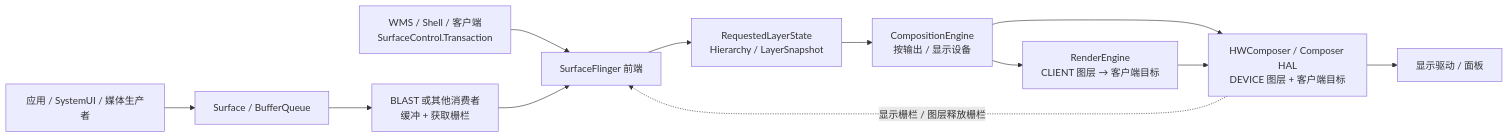
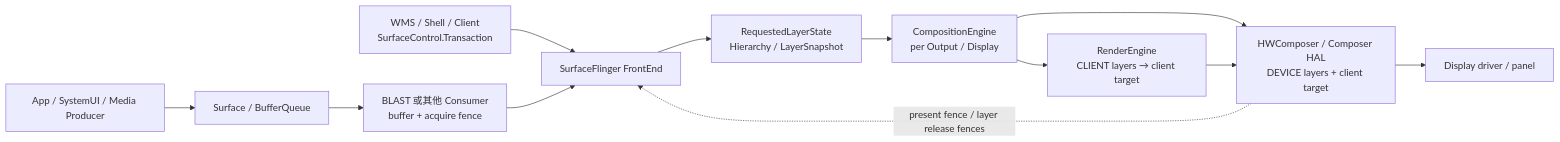
Before and after one commit to Gracker/android-internals-wiki: the diagram in src/part1-fundamentals/ch02-rendering/06-surfaceflinger.md, drawn with Mermaid. The commit also changed other lines of this file and 4 other files, not shown here.

````diff
--- a/src/part1-fundamentals/ch02-rendering/06-surfaceflinger.md
+++ b/src/part1-fundamentals/ch02-rendering/06-surfaceflinger.md
@@ -99,14 +99,14 @@
 ```mermaid
 flowchart LR
-    A["应用 / SystemUI / 媒体生产者"] --> Q["Surface / BufferQueue"]
-    Q --> B["BLAST 或其他消费者<br/>缓冲 + 获取栅栏"]
-    W["WMS / Shell / 客户端<br/>SurfaceControl.Transaction"] --> T["SurfaceFlinger 前端"]
+    A["App / SystemUI / Media Producer"] --> Q["Surface / BufferQueue"]
+    Q --> B["BLAST 或其他 Consumer<br/>buffer + acquire fence"]
+    W["WMS / Shell / Client<br/>SurfaceControl.Transaction"] --> T["SurfaceFlinger FrontEnd"]
     B --> T
     T --> S["RequestedLayerState<br/>Hierarchy / LayerSnapshot"]
-    S --> O["CompositionEngine<br/>按输出 / 显示设备"]
-    O --> R["RenderEngine<br/>CLIENT 图层 → 客户端目标"]
-    O --> C["HWComposer / Composer HAL<br/>DEVICE 图层 + 客户端目标"]
+    S --> O["CompositionEngine<br/>per Output / Display"]
+    O --> R["RenderEngine<br/>CLIENT layers → client target"]
+    O --> C["HWComposer / Composer HAL<br/>DEVICE layers + client target"]
     R --> C
-    C --> D["显示驱动 / 面板"]
-    C -. "显示栅栏 / 图层释放栅栏" .-> T
+    C --> D["Display driver / panel"]
+    C -. "present fence / layer release fences" .-> T
 ```
````
